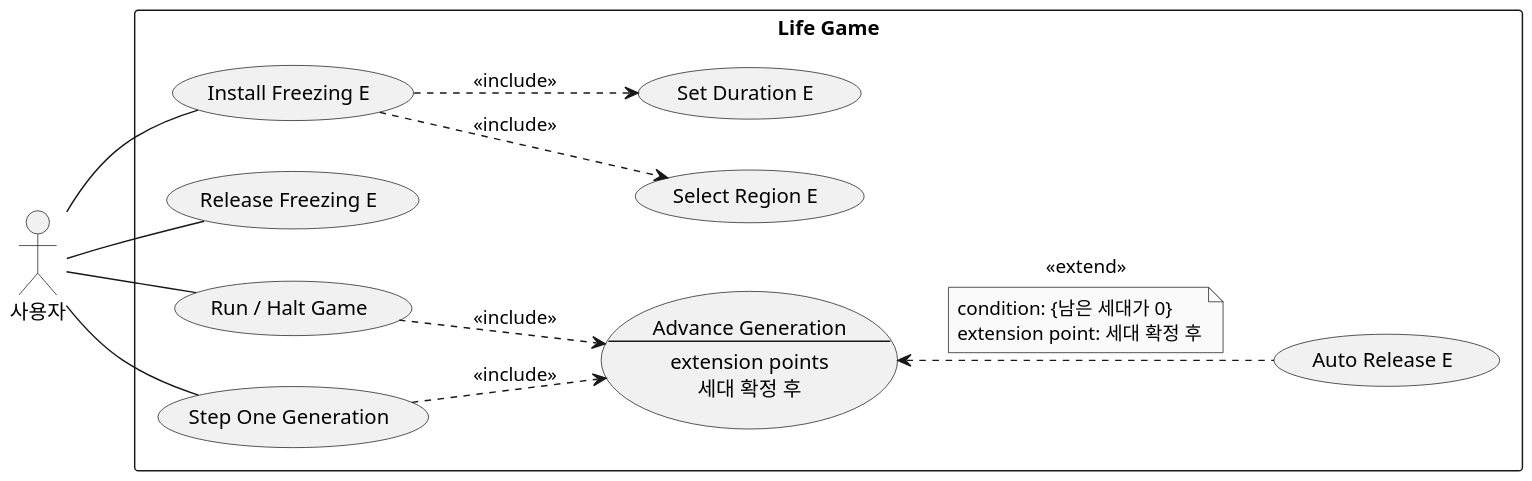
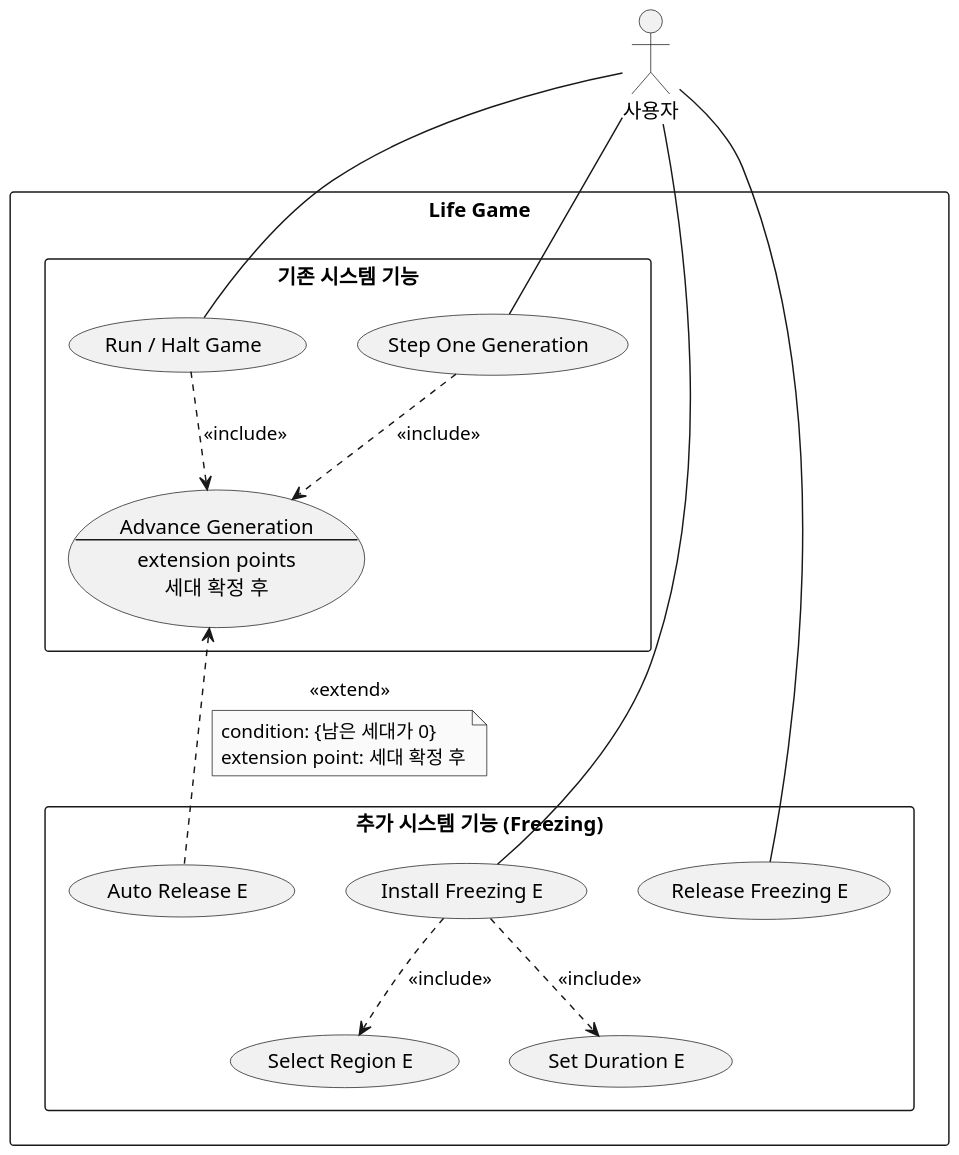
One commit to mckimR1972/DP_team_project changed the diagram in docs/freezing/diagram/usecase-freezing.puml. Above: the diagram before and after it, drawn with PlantUML. The commit also changed 2 other files, not shown here.

Commit message:
docs: Freezing 유스케이스 그림을 기존·추가 기능 영역으로 나누고 영역 선택 흐름을 코드에 맞춤

```diff
--- a/docs/freezing/diagram/usecase-freezing.puml
+++ b/docs/freezing/diagram/usecase-freezing.puml
@@ -1,41 +1,44 @@
 @startuml usecase-freezing
 skinparam monochrome true
 skinparam dpi 150
 skinparam shadowing false
 skinparam defaultFontName "Malgun Gothic"
 skinparam usecaseBackgroundColor #F1F1F1
-left to right direction
+top to bottom direction
 
 actor "사용자" as User
 
 rectangle "Life Game" {
-  usecase "Install Freezing E" as Install
-  usecase "Select Region E" as Region
-  usecase "Set Duration E" as Duration
-  usecase "Release Freezing E" as Release
-  usecase "Run / Halt Game" as Run
-  usecase "Step One Generation" as Step
-
-  usecase Advance as "Advance Generation
+  rectangle "기존 시스템 기능" as Original {
+    usecase "Run / Halt Game" as Run
+    usecase "Step One Generation" as Step
+    usecase Advance as "Advance Generation
 --
 extension points
 세대 확정 후"
+  }
 
-  usecase "Auto Release E" as Auto
+  rectangle "추가 시스템 기능 (Freezing)" as Extended {
+    usecase "Install Freezing E" as Install
+    usecase "Select Region E" as Region
+    usecase "Set Duration E" as Duration
+    usecase "Release Freezing E" as Release
+    usecase "Auto Release E" as Auto
+  }
 }
 
 User -- Install
 User -- Release
 User -- Run
 User -- Step
 
 Install ..> Region : <<include>>
 Install ..> Duration : <<include>>
 Run ..> Advance : <<include>>
 Step ..> Advance : <<include>>
 Advance <.. Auto : <<extend>>
 note on link
   condition: {남은 세대가 0}
   extension point: 세대 확정 후
 end note
 @enduml
```
